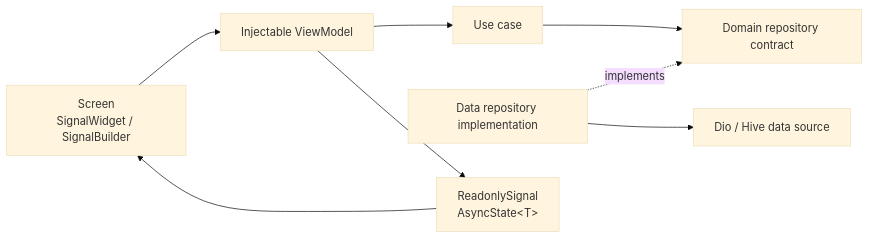
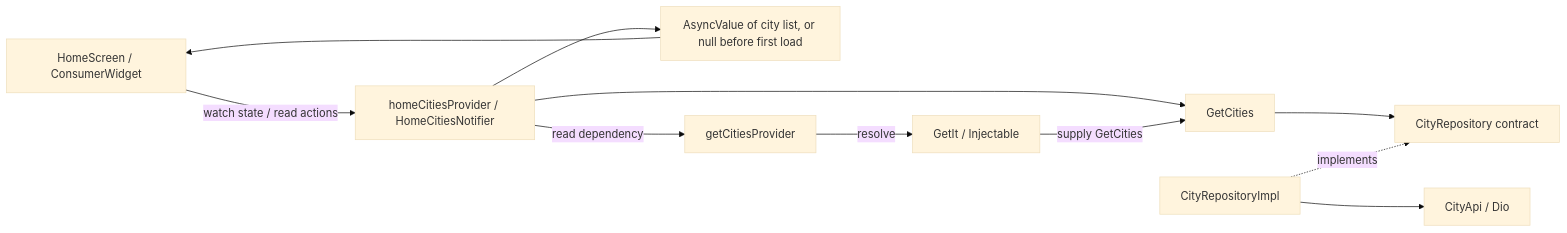
Before and after one commit to hvthang-17/seemate-ai: the first of 4 diagrams in docs/system-architecture.md, drawn with Mermaid (base theme). The commit also changed other lines of this file and 9 other files, not shown here.

Commit message:
docs: update specs and roadmap

````diff
--- a/docs/system-architecture.md
+++ b/docs/system-architecture.md
@@ -7,10 +10,13 @@
 ```mermaid
 flowchart LR
-    UI["Screen<br/>SignalWidget / SignalBuilder"] --> VM["Injectable ViewModel"]
-    VM --> UC["Use case"]
-    UC --> RC["Domain repository contract"]
-    RI["Data repository implementation"] -. implements .-> RC
-    RI --> DS["Dio / Hive data source"]
-    VM --> RS["ReadonlySignal<br/>AsyncState&lt;T&gt;"]
+    UI["HomeScreen / ConsumerWidget"] -->|"watch state / read actions"| VM["homeCitiesProvider / HomeCitiesNotifier"]
+    VM --> UC["GetCities"]
+    UC --> RC["CityRepository contract"]
+    RI["CityRepositoryImpl"] -. implements .-> RC
+    RI --> DS["CityApi / Dio"]
+    VM --> RS["AsyncValue of city list, or null before first load"]
     RS --> UI
+    GP["getCitiesProvider"] -->|"resolve"| DI["GetIt / Injectable"]
+    DI -->|"supply GetCities"| UC
+    VM -->|"read dependency"| GP
 ```
````
